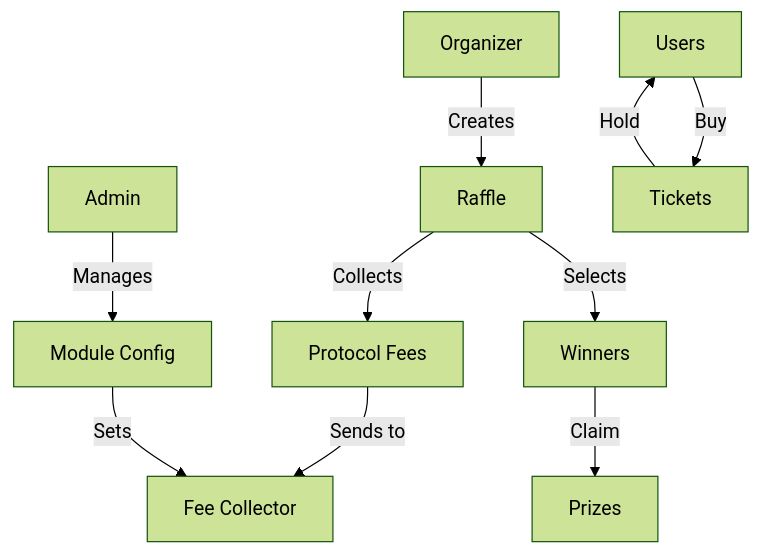
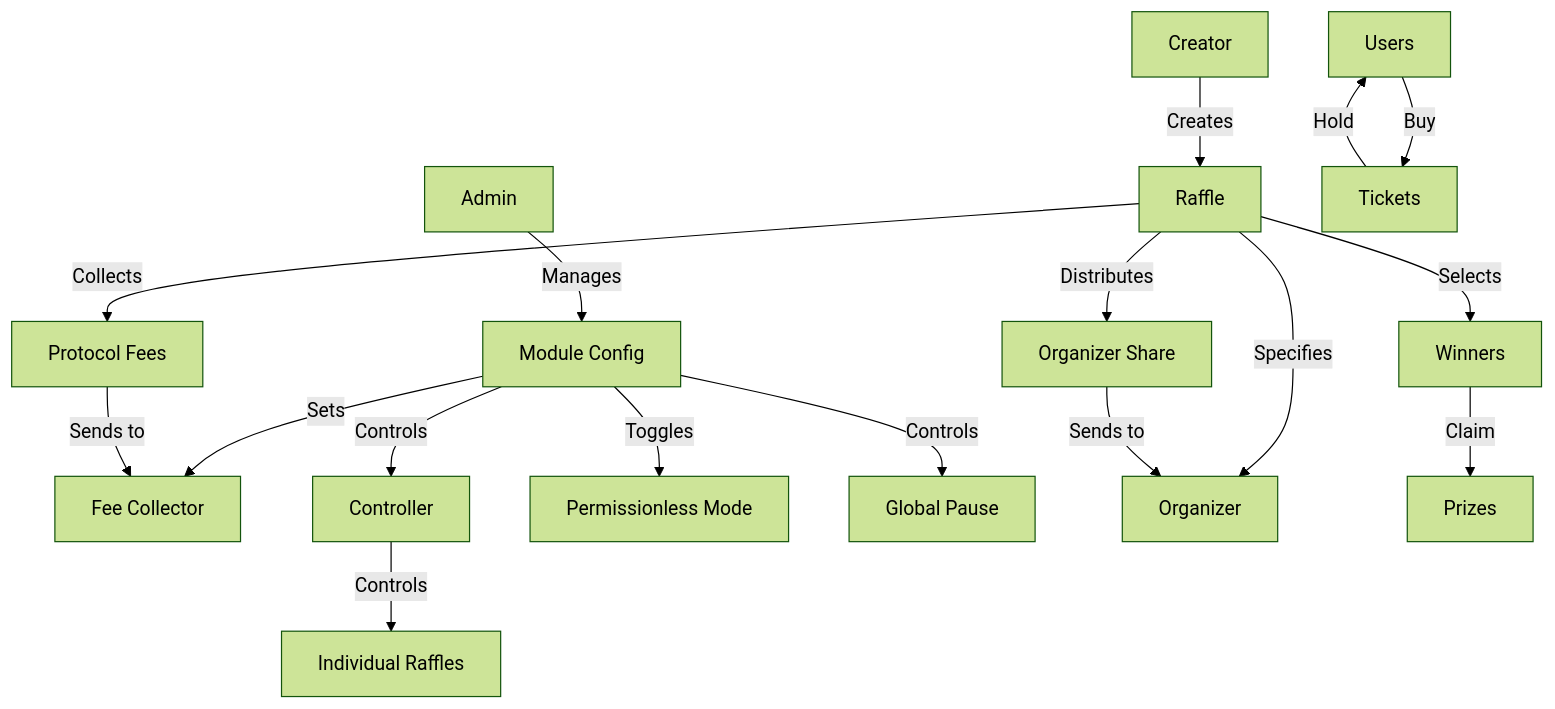
Before and after one commit to SpiralOutDotEu/sui-raffler: the second of 2 diagrams in README.md, drawn with Mermaid (forest theme). The commit also changed other lines of this file, not shown here.

````diff
--- a/README.md
+++ b/README.md
@@ -25,12 +57,19 @@
 ```mermaid
 graph TD
     A[Admin] -->|Manages| B[Module Config]
     B -->|Sets| C[Fee Collector]
-    D[Organizer] -->|Creates| E[Raffle]
-    F[Users] -->|Buy| G[Tickets]
-    G -->|Hold| F
-    E -->|Selects| H[Winners]
-    H -->|Claim| I[Prizes]
-    E -->|Collects| J[Protocol Fees]
-    J -->|Sends to| C
+    B -->|Controls| D[Controller]
+    B -->|Toggles| E[Permissionless Mode]
+    B -->|Controls| F[Global Pause]
+    D -->|Controls| G[Individual Raffles]
+    H[Creator] -->|Creates| I[Raffle]
+    I -->|Specifies| J[Organizer]
+    K[Users] -->|Buy| L[Tickets]
+    L -->|Hold| K
+    I -->|Selects| M[Winners]
+    M -->|Claim| N[Prizes]
+    I -->|Collects| O[Protocol Fees]
+    O -->|Sends to| C
+    I -->|Distributes| P[Organizer Share]
+    P -->|Sends to| J
 ```
````
